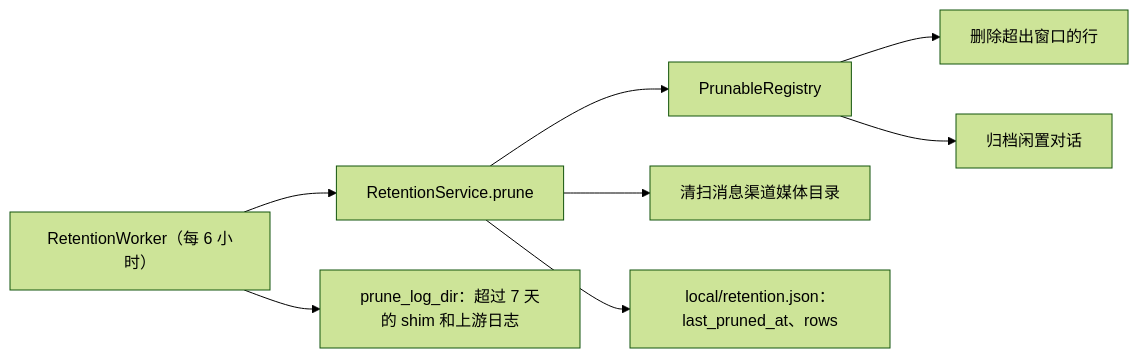
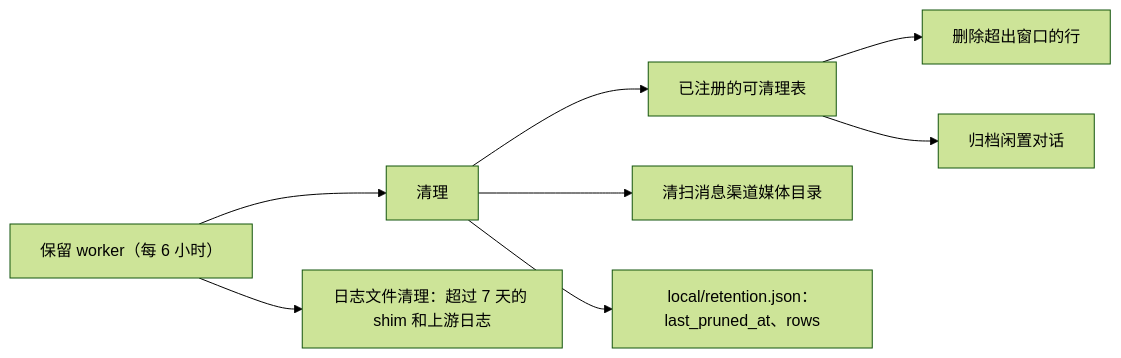
One commit to wyx-sg/Coffer changed the second of 3 diagrams in docs-site/zh/architecture/observability.md. Above: the diagram before and after it, drawn with Mermaid (forest theme). The commit also changed other lines of this file and 29 other files, not shown here.

First line of the commit message:
docs(site): explain the architecture in plain terms, without source detail

````diff
--- a/docs-site/zh/architecture/observability.md
+++ b/docs-site/zh/architecture/observability.md
@@ -223,10 +223,10 @@
 ```mermaid
 flowchart LR
-    W["RetentionWorker（每 6 小时）"] --> S["RetentionService.prune"]
-    S --> R["PrunableRegistry"]
+    W["保留 worker（每 6 小时）"] --> S["清理"]
+    S --> R["已注册的可清理表"]
     R --> T1["删除超出窗口的行"]
     R --> T2["归档闲置对话"]
     S --> M["清扫消息渠道媒体目录"]
-    W --> F["prune_log_dir：超过 7 天的 shim 和上游日志"]
+    W --> F["日志文件清理：超过 7 天的 shim 和上游日志"]
     S --> P["local/retention.json：last_pruned_at、rows"]
 ```
````
